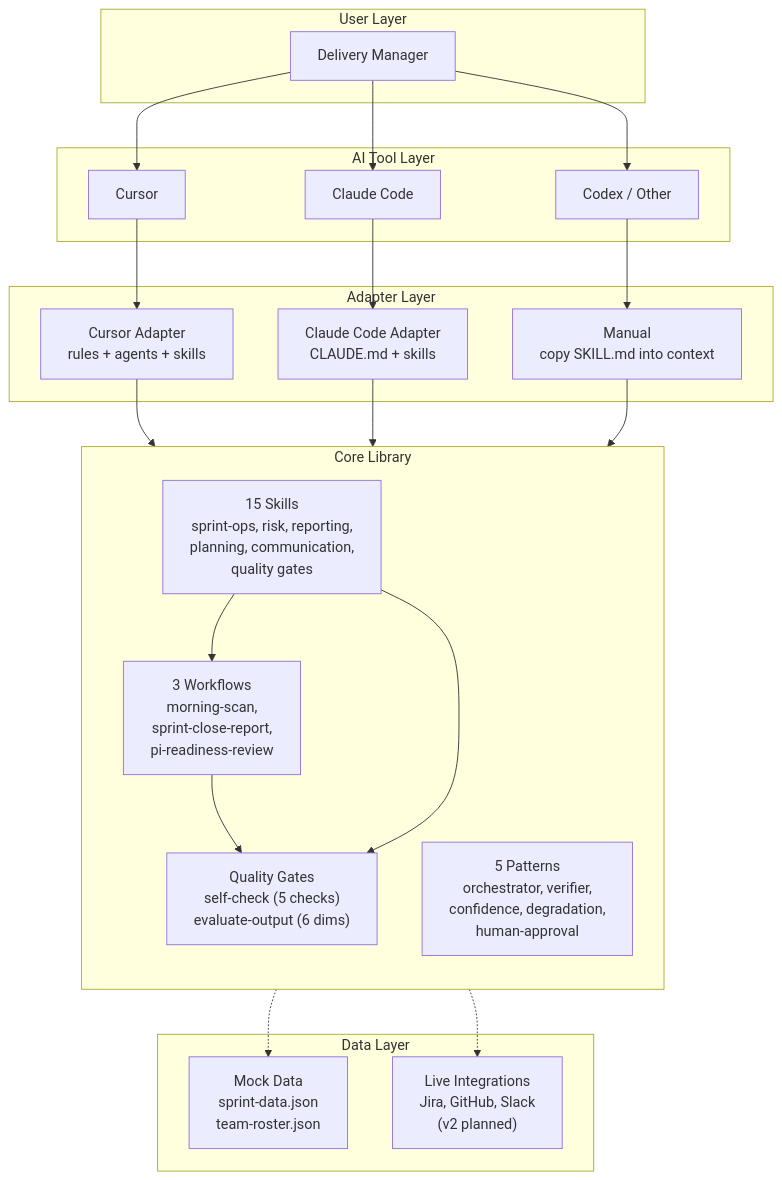
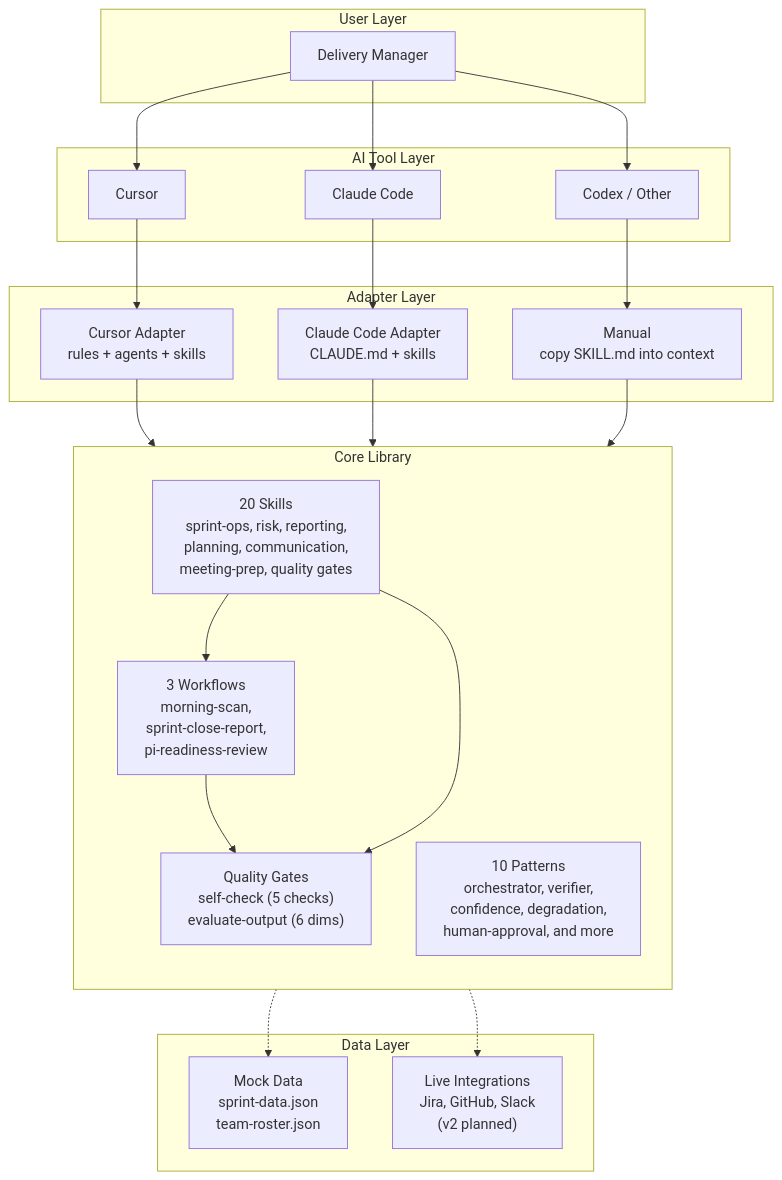
One commit to yannmenec/delivery-management-skills changed the diagram in showcase/architecture-diagrams/system-overview.mmd. Above: the diagram before and after it, drawn with Mermaid. The commit also changed 29 other files, not shown here.

First line of the commit message:
feat: foundation hardening — hygiene fixes, schema enforcement, validation tooling

```diff
--- a/showcase/architecture-diagrams/system-overview.mmd
+++ b/showcase/architecture-diagrams/system-overview.mmd
@@ -1,48 +1,48 @@
 graph TB
     subgraph userLayer [User Layer]
         DM["Delivery Manager"]
     end
 
     subgraph toolLayer [AI Tool Layer]
         Cursor["Cursor"]
         ClaudeCode["Claude Code"]
         Codex["Codex / Other"]
     end
 
     subgraph adapterLayer [Adapter Layer]
         CursorAdapter["Cursor Adapter<br/>rules + agents + skills"]
         ClaudeAdapter["Claude Code Adapter<br/>CLAUDE.md + skills"]
         GenericAdapter["Manual<br/>copy SKILL.md into context"]
     end
 
     subgraph coreLayer [Core Library]
         direction TB
-        Skills["15 Skills<br/>sprint-ops, risk, reporting,<br/>planning, communication,<br/>quality gates"]
+        Skills["20 Skills<br/>sprint-ops, risk, reporting,<br/>planning, communication,<br/>meeting-prep, quality gates"]
         Workflows["3 Workflows<br/>morning-scan,<br/>sprint-close-report,<br/>pi-readiness-review"]
-        Patterns["5 Patterns<br/>orchestrator, verifier,<br/>confidence, degradation,<br/>human-approval"]
+        Patterns["10 Patterns<br/>orchestrator, verifier,<br/>confidence, degradation,<br/>human-approval, and more"]
         QualityGates["Quality Gates<br/>self-check (5 checks)<br/>evaluate-output (6 dims)"]
     end
 
     subgraph dataLayer [Data Layer]
         MockData["Mock Data<br/>sprint-data.json<br/>team-roster.json"]
         LiveData["Live Integrations<br/>Jira, GitHub, Slack<br/>(v2 planned)"]
     end
 
     DM --> Cursor
     DM --> ClaudeCode
     DM --> Codex
 
     Cursor --> CursorAdapter
     ClaudeCode --> ClaudeAdapter
     Codex --> GenericAdapter
 
     CursorAdapter --> Skills
     ClaudeAdapter --> Skills
     GenericAdapter --> Skills
 
     Skills --> Workflows
     Workflows --> QualityGates
     Skills --> QualityGates
 
     Skills -.-> MockData
     Skills -.-> LiveData
```
